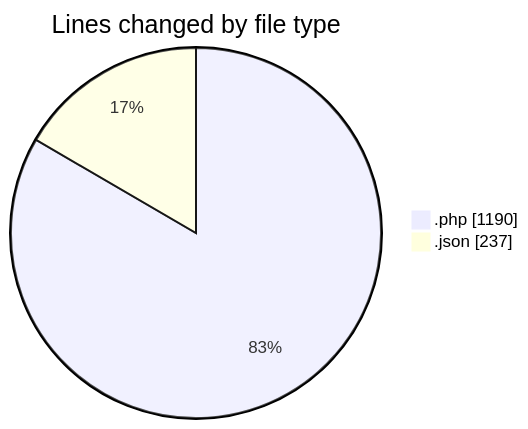
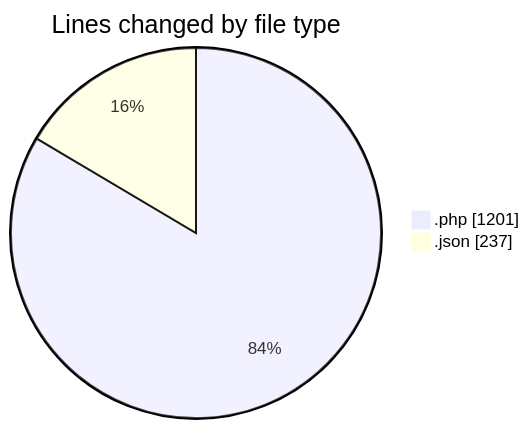
The first of 2 diagrams in 2025-06-13/studio-backend/README.md (idhammustaqopulfikri/code-tracking), drawn with Mermaid before and after one commit. The commit also changed other lines of this file and 1 other file, not shown here.

````diff
--- a/2025-06-13/studio-backend/README.md
+++ b/2025-06-13/studio-backend/README.md
@@ -30,6 +30,6 @@
 ```mermaid
 pie showData
 title Lines changed by file type
-".php" : 1190
+".php" : 1201
 ".json" : 237
 ```
````
